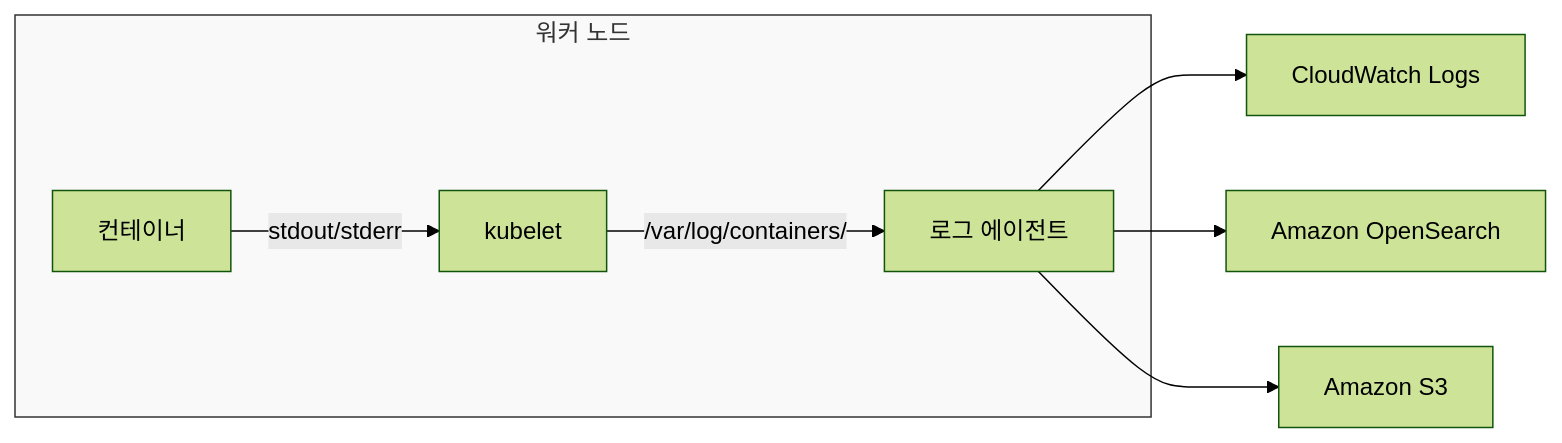
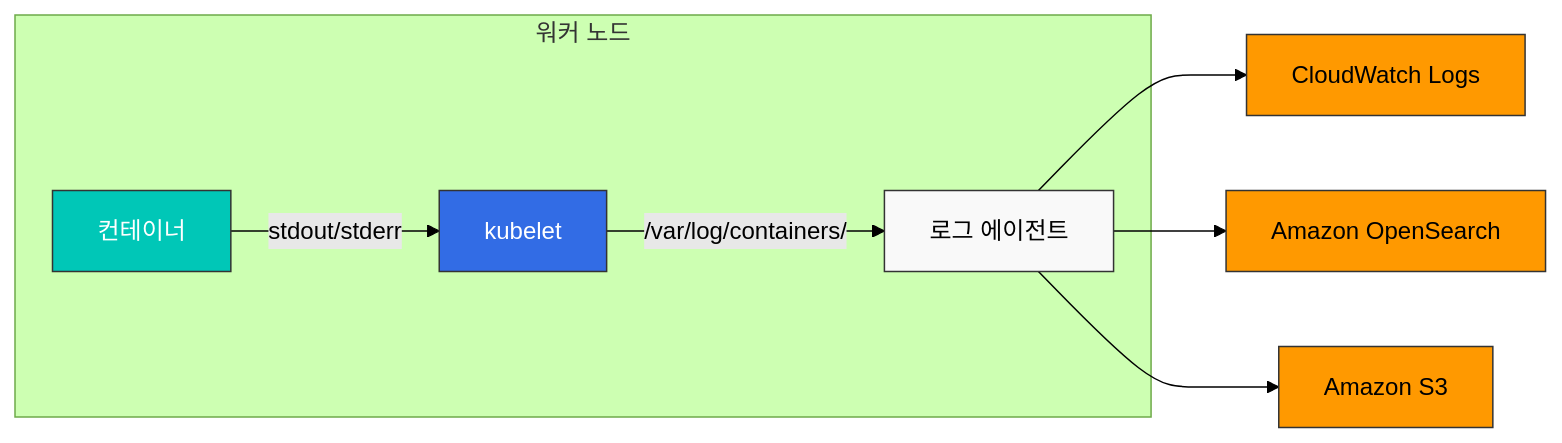
One commit to Atom-oh/kubernetes-docs changed the second of 6 diagrams in eks/06-eks-monitoring-logging.md. Above: the diagram before and after it, drawn with Mermaid (forest theme). The commit also changed other lines of this file, not shown here.

Commit message:
Add mermaid diagrams to EKS monitoring and logging document

````diff
--- a/eks/06-eks-monitoring-logging.md
+++ b/eks/06-eks-monitoring-logging.md
@@ -169,13 +176,24 @@
 ```mermaid
 flowchart LR
     subgraph Node["워커 노드"]
         Containers[컨테이너] --> |stdout/stderr| kubelet
         kubelet --> |/var/log/containers/| LogAgent[로그 에이전트]
     end
     
     LogAgent --> CWL[CloudWatch Logs]
     LogAgent --> ES[Amazon OpenSearch]
     LogAgent --> S3[Amazon S3]
     
-    style Node fill:#f9f9f9,stroke:#333,stroke-width:1px
+    %% 클래스 정의
+    classDef awsService fill:#FF9900,stroke:#333,stroke-width:1px,color:black;
+    classDef k8sComponent fill:#326CE5,stroke:#333,stroke-width:1px,color:white;
+    classDef userApp fill:#00C7B7,stroke:#333,stroke-width:1px,color:white;
+    classDef dataStore fill:#3B48CC,stroke:#333,stroke-width:1px,color:white;
+    classDef default fill:#f9f9f9,stroke:#333,stroke-width:1px,color:black;
+    
+    %% 클래스 적용
+    class CWL,ES,S3 awsService;
+    class kubelet k8sComponent;
+    class Containers userApp;
+    class LogAgent default;
 ```
````
